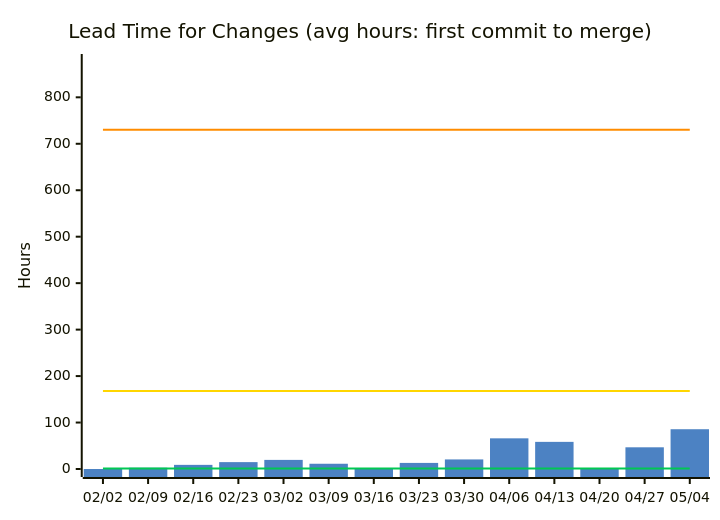
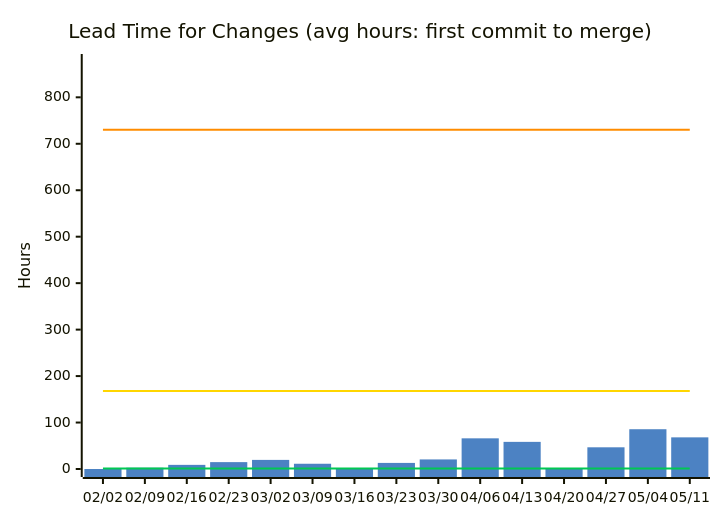
One commit to nablarch/nabledge-dev changed the second of 14 diagrams in docs/metrics.md. Above: the diagram before and after it, drawn with Mermaid. The commit also changed other lines of this file and 2 other files, not shown here.

````diff
--- a/docs/metrics.md
+++ b/docs/metrics.md
@@ -49,11 +49,11 @@
 ```mermaid
 %%{init: {'theme': 'base', 'themeVariables': {'xyChart': {'plotColorPalette': '#4C82C3,#00C853,#FFD600,#FF8C00'}}}}%%
 xychart-beta
   title "Lead Time for Changes (avg hours: first commit to merge)"
-  x-axis ["02/02", "02/09", "02/16", "02/23", "03/02", "03/09", "03/16", "03/23", "03/30", "04/06", "04/13", "04/20", "04/27", "05/04"]
+  x-axis ["02/02", "02/09", "02/16", "02/23", "03/02", "03/09", "03/16", "03/23", "03/30", "04/06", "04/13", "04/20", "04/27", "05/04", "05/11"]
   y-axis "Hours" 0 --> 876
-  bar [0, 2.7, 8.9, 14.8, 19.6, 11.3, 0, 13.1, 20.6, 66, 58.4, 0.1, 46.7, 85.6]
-  line [1, 1, 1, 1, 1, 1, 1, 1, 1, 1, 1, 1, 1, 1]
-  line [168, 168, 168, 168, 168, 168, 168, 168, 168, 168, 168, 168, 168, 168]
-  line [730, 730, 730, 730, 730, 730, 730, 730, 730, 730, 730, 730, 730, 730]
+  bar [0, 2.7, 8.9, 14.8, 19.6, 11.3, 0, 13.1, 20.6, 66, 58.4, 0.1, 46.7, 85.6, 68.1]
+  line [1, 1, 1, 1, 1, 1, 1, 1, 1, 1, 1, 1, 1, 1, 1]
+  line [168, 168, 168, 168, 168, 168, 168, 168, 168, 168, 168, 168, 168, 168, 168]
+  line [730, 730, 730, 730, 730, 730, 730, 730, 730, 730, 730, 730, 730, 730, 730]
 ```
````
